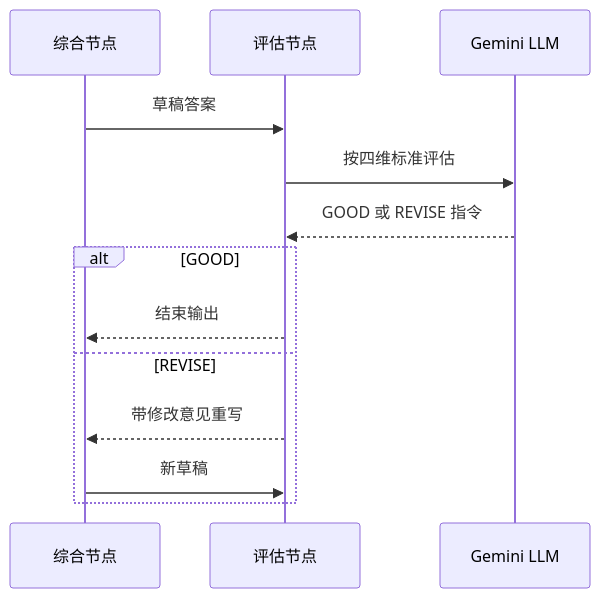
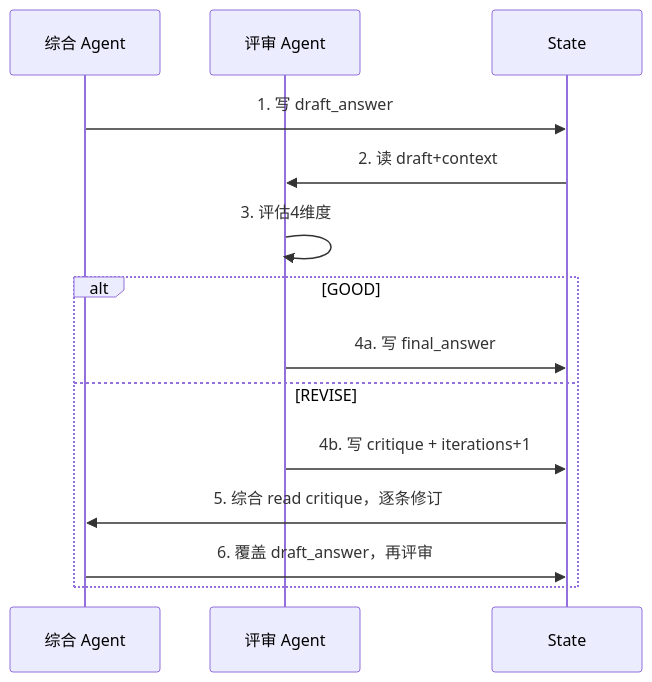
Before and after one commit to asfhkkkvh/agent: the seventh of 16 diagrams in docs/omnirag_learning_doc.md, drawn with Mermaid. The commit also changed other lines of this file and 23 other files, not shown here.

First line of the commit message:
feat: LLM 迁移智谱 GLM + 移除知识图谱 + RAGAS 改轻量评估

````diff
--- a/docs/omnirag_learning_doc.md
+++ b/docs/omnirag_learning_doc.md
@@ -647,15 +736,16 @@
 ```mermaid
 sequenceDiagram
-    participant S as 综合节点
-    participant C as 评估节点
-    participant L as Gemini LLM
-    S->>C: 草稿答案
-    C->>L: 按四维标准评估
-    L-->>C: GOOD 或 REVISE 指令
+    participant SYN as 综合 Agent
+    participant CRT as 评审 Agent
+    participant S as State
+    SYN->>S: 1. 写 draft_answer
+    S->>CRT: 2. 读 draft+context
+    CRT->>CRT: 3. 评估4维度
     alt GOOD
-        C-->>S: 结束输出
+        CRT->>S: 4a. 写 final_answer
     else REVISE
-        C-->>S: 带修改意见重写
-        S->>C: 新草稿
+        CRT->>S: 4b. 写 critique + iterations+1
+        S->>SYN: 5. 综合 read critique，逐条修订
+        SYN->>S: 6. 覆盖 draft_answer，再评审
     end
 ```
````
